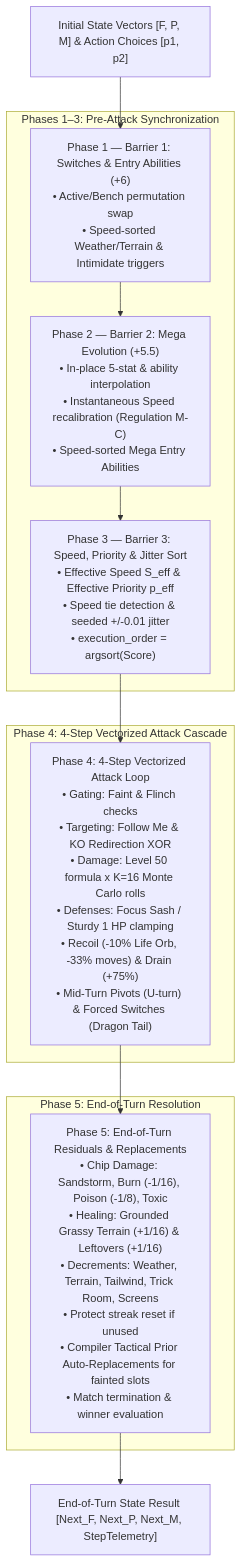
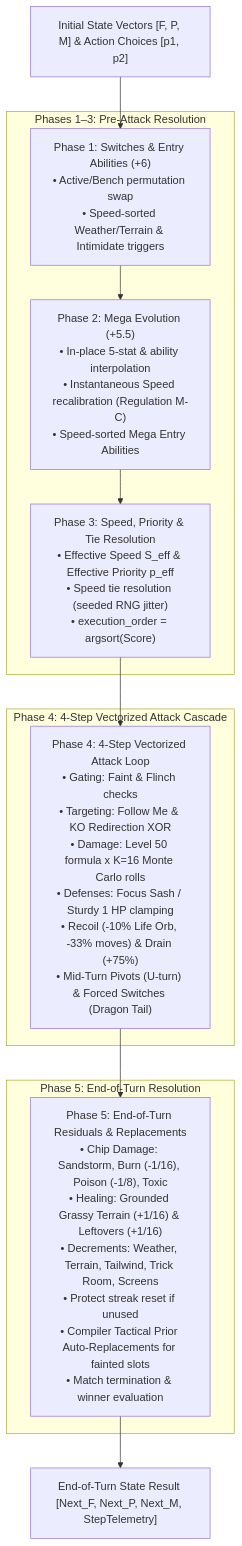
One commit to esquedev/coach-porygon-vgc changed the diagram in README.md. Above: the diagram before and after it, drawn with Mermaid. The commit also changed other lines of this file, not shown here.

````diff
--- a/README.md
+++ b/README.md
@@ -25,19 +25,19 @@
 ```mermaid
 flowchart TD
     State["Initial State Vectors [F, P, M] & Action Choices [p1, p2]"] --> B1
-    subgraph PreAttack ["Phases 1–3: Pre-Attack Synchronization"]
-        B1["Phase 1 — Barrier 1: Switches & Entry Abilities (+6)<br>• Active/Bench permutation swap<br>• Speed-sorted Weather/Terrain & Intimidate triggers"]
-        B2["Phase 2 — Barrier 2: Mega Evolution (+5.5)<br>• In-place 5-stat & ability interpolation<br>• Instantaneous Speed recalibration (Regulation M-C)<br>• Speed-sorted Mega Entry Abilities"]
-        B3["Phase 3 — Barrier 3: Speed, Priority & Jitter Sort<br>• Effective Speed S_eff & Effective Priority p_eff<br>• Speed tie detection & seeded +/-0.01 jitter<br>• execution_order = argsort(Score)"]
+    subgraph PreAttack ["Phases 1–3: Pre-Attack Resolution"]
+        B1["Phase 1: Switches & Entry Abilities (+6)<br>• Active/Bench permutation swap<br>• Speed-sorted Weather/Terrain & Intimidate triggers"]
+        B2["Phase 2: Mega Evolution (+5.5)<br>• In-place 5-stat & ability interpolation<br>• Instantaneous Speed recalibration (Regulation M-C)<br>• Speed-sorted Mega Entry Abilities"]
+        B3["Phase 3: Speed, Priority & Tie Resolution<br>• Effective Speed S_eff & Effective Priority p_eff<br>• Speed tie resolution (seeded RNG jitter)<br>• execution_order = argsort(Score)"]
         B1 --> B2 --> B3
     end
     B3 --> B4
     subgraph AttackCascade ["Phase 4: 4-Step Vectorized Attack Cascade"]
         B4["Phase 4: 4-Step Vectorized Attack Loop<br>• Gating: Faint & Flinch checks<br>• Targeting: Follow Me & KO Redirection XOR<br>• Damage: Level 50 formula x K=16 Monte Carlo rolls<br>• Defenses: Focus Sash / Sturdy 1 HP clamping<br>• Recoil (-10% Life Orb, -33% moves) & Drain (+75%)<br>• Mid-Turn Pivots (U-turn) & Forced Switches (Dragon Tail)"]
     end
     B4 --> B5
     subgraph EndOfTurn ["Phase 5: End-of-Turn Resolution"]
         B5["Phase 5: End-of-Turn Residuals & Replacements<br>• Chip Damage: Sandstorm, Burn (-1/16), Poison (-1/8), Toxic<br>• Healing: Grounded Grassy Terrain (+1/16) & Leftovers (+1/16)<br>• Decrements: Weather, Terrain, Tailwind, Trick Room, Screens<br>• Protect streak reset if unused<br>• Compiler Tactical Prior Auto-Replacements for fainted slots<br>• Match termination & winner evaluation"]
     end
     B5 --> Out["End-of-Turn State Result [Next_F, Next_P, Next_M, StepTelemetry]"]
 ```
````
